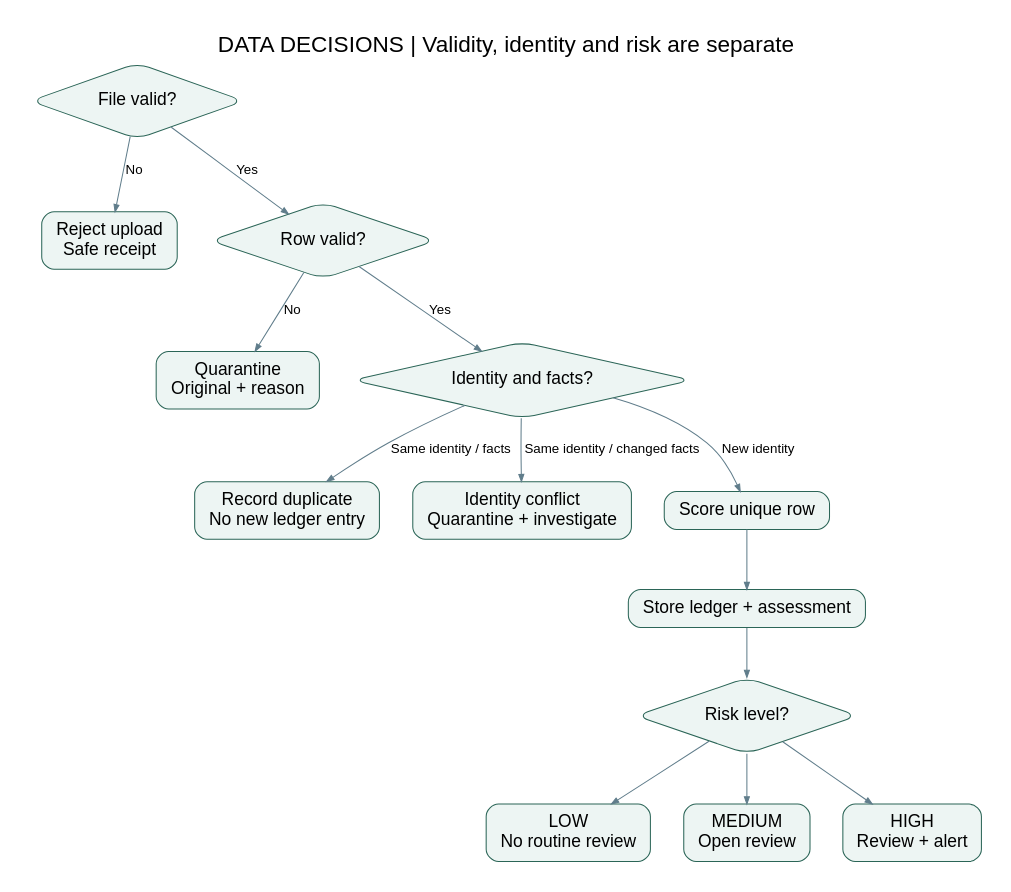
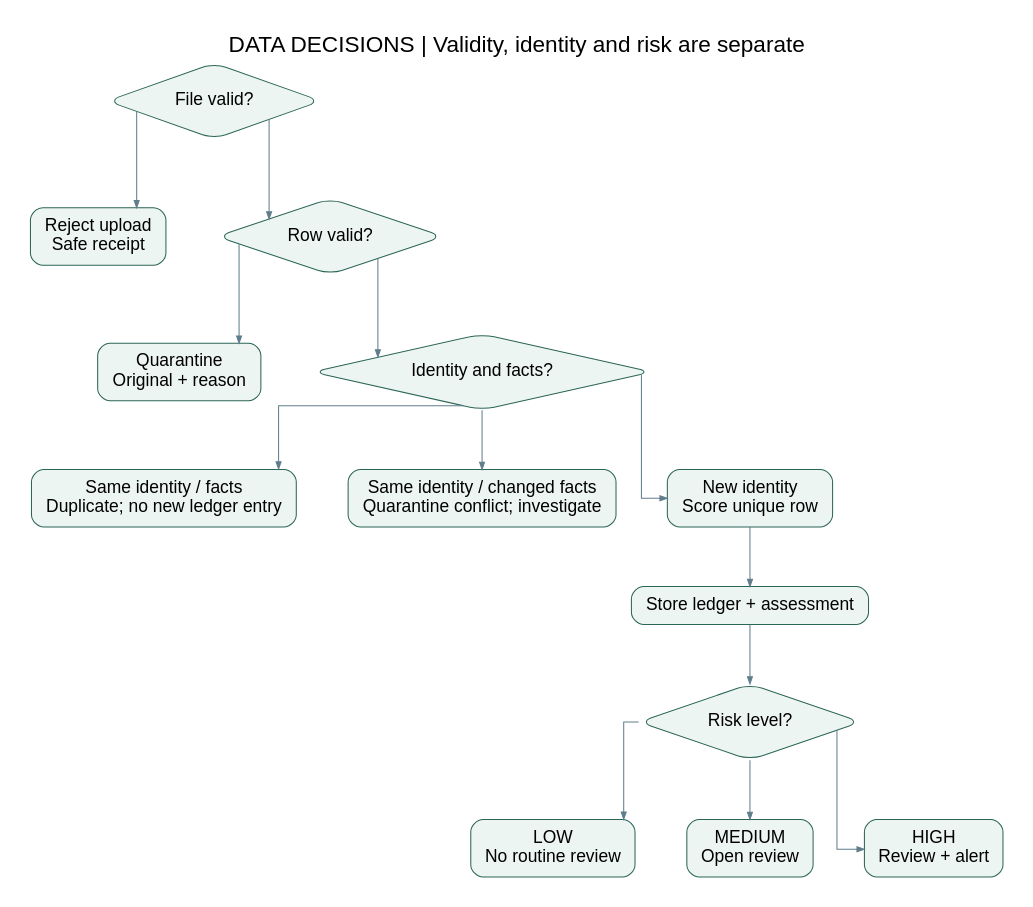
One commit to Nompil/fintrust changed the diagram in docs/presentation/diagram-source/fintrust-release1-data-decisions.dot. Above: the diagram before and after it, drawn with Graphviz. The commit also changed 21 other files, not shown here.

Commit message:
Improve presentation diagram layout and readability

```diff
--- a/docs/presentation/diagram-source/fintrust-release1-data-decisions.dot
+++ b/docs/presentation/diagram-source/fintrust-release1-data-decisions.dot
@@ -1,30 +1,32 @@
+// VIEW: Data Decisions
 digraph FinTrust {
 graph [bgcolor="#ffffff",fontname="Arial",fontsize=22,pad=0.3,nodesep=0.45,ranksep=0.65]; node [shape=box,style="rounded,filled",fillcolor="#edf5f3",color="#2b6557",fontname="Arial",fontsize=17,margin="0.18,0.13"]; edge [color="#607d8b",fontname="Arial",fontsize=13,arrowsize=0.7];
+graph [splines=ortho,nodesep=.7,ranksep=.8];
 rankdir=TB; label="DATA DECISIONS | Validity, identity and risk are separate"; labelloc=t;
 
 file [label="File valid?",shape=diamond];
 reject [label="Reject upload\nSafe receipt",shape=box];
 row [label="Row valid?",shape=diamond];
 quar [label="Quarantine\nOriginal + reason",shape=box];
 dup [label="Identity and facts?",shape=diamond];
-same [label="Record duplicate\nNo new ledger entry",shape=box];
-conflict [label="Identity conflict\nQuarantine + investigate",shape=box];
-score [label="Score unique row",shape=box];
+same [label="Same identity / facts\nDuplicate; no new ledger entry",shape=box];
+conflict [label="Same identity / changed facts\nQuarantine conflict; investigate",shape=box];
+score [label="New identity\nScore unique row",shape=box];
 store [label="Store ledger + assessment",shape=box];
 level [label="Risk level?",shape=diamond];
 low [label="LOW\nNo routine review",shape=box];
 medium [label="MEDIUM\nOpen review",shape=box];
 high [label="HIGH\nReview + alert",shape=box];
-file -> reject [label="No"];
-file -> row [label="Yes"];
-row -> quar [label="No"];
-row -> dup [label="Yes"];
-dup -> same [label="Same identity / facts"];
-dup -> conflict [label="Same identity / changed facts"];
-dup -> score [label="New identity"];
+file -> reject;
+file -> row;
+row -> quar;
+row -> dup;
+dup -> same;
+dup -> conflict;
+dup -> score;
 score -> store;
 store -> level;
 level -> low;
 level -> medium;
 level -> high;
 }
```
